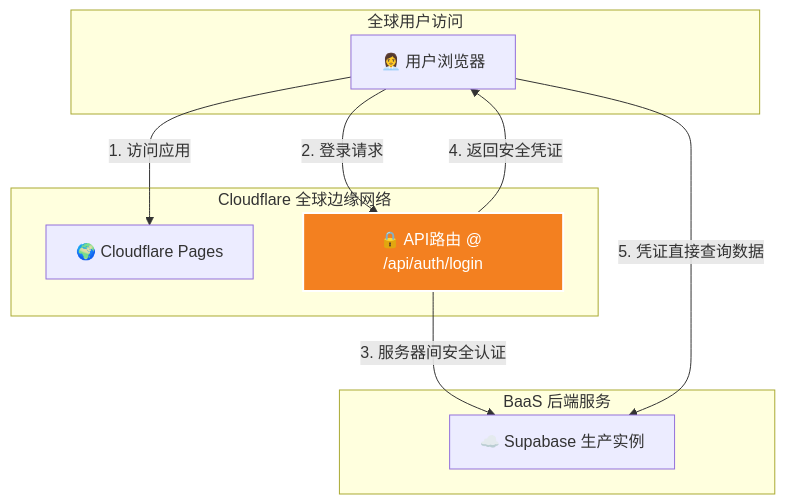
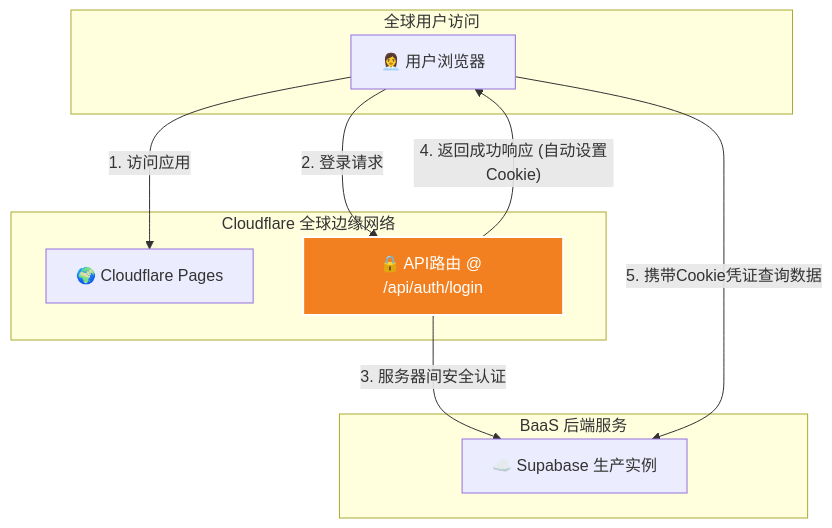
Before and after one commit to alongor666/insurdash: the diagram in home/runner/work/insurdash-1/insurdash-1/PRD.md, drawn with Mermaid. The commit also changed other lines of this file and 4 other files, not shown here.

````diff
--- a/home/runner/work/insurdash-1/insurdash-1/PRD.md
+++ b/home/runner/work/insurdash-1/insurdash-1/PRD.md
@@ -34,21 +34,21 @@
 ```mermaid
 graph TD
     subgraph "全球用户访问"
         User[👩‍💼 用户浏览器]
     end
     subgraph "Cloudflare 全球边缘网络"
         Pages[🌍 Cloudflare Pages]
         ApiRoute[🔒 API路由 @ /api/auth/login]
     end
     subgraph "BaaS 后端服务"
         Supabase[☁️ Supabase 生产实例]
     end
 
     User -- "1. 访问应用" --> Pages
     User -- "2. 登录请求" --> ApiRoute
     ApiRoute -- "3. 服务器间安全认证" --> Supabase
-    ApiRoute -- "4. 返回安全凭证" --> User
-    User -- "5. 凭证直接查询数据" --> Supabase
+    ApiRoute -- "4. 返回成功响应 (自动设置Cookie)" --> User
+    User -- "5. 携带Cookie凭证查询数据" --> Supabase
 
     style ApiRoute fill:#F38020,stroke:#fff,stroke-width:2px,color:#fff
 ```
````
